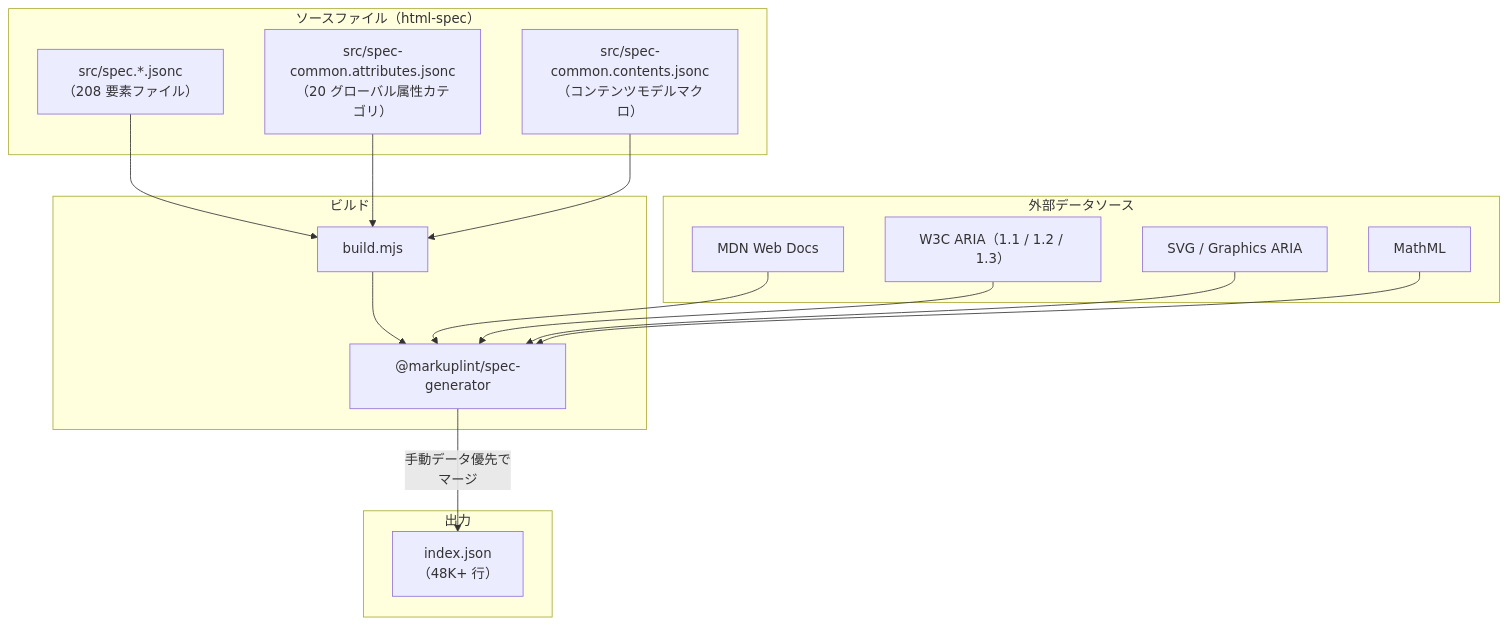
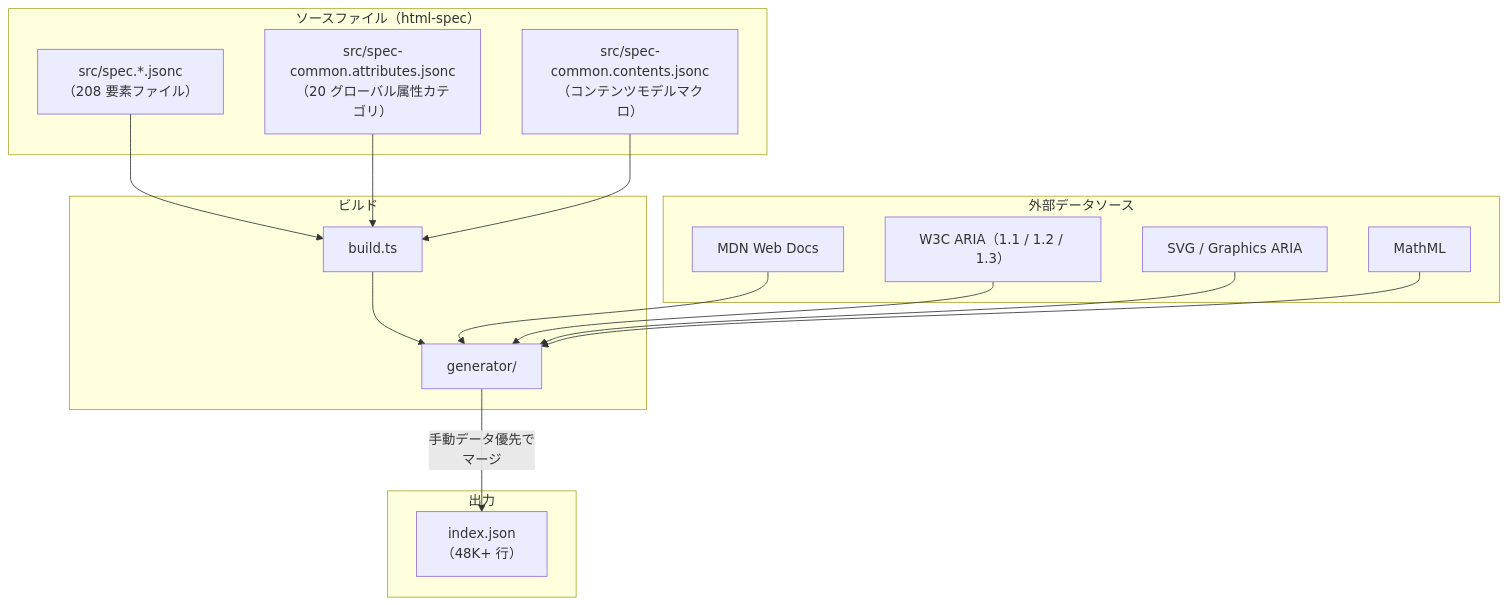
Before and after one commit to markuplint/markuplint: the diagram in packages/@markuplint/html-spec/docs/build-pipeline.ja.md, drawn with Mermaid. The commit also changed other lines of this file and 16 other files, not shown here.

First line of the commit message:
chore: remove stale @markuplint/spec-generator references

````diff
--- a/packages/@markuplint/html-spec/docs/build-pipeline.ja.md
+++ b/packages/@markuplint/html-spec/docs/build-pipeline.ja.md
@@ -18,36 +18,36 @@
 ```mermaid
 flowchart TD
     subgraph inputs ["ソースファイル（html-spec）"]
         specFiles["src/spec.*.jsonc\n（208 要素ファイル）"]
         commonAttrs["src/spec-common.attributes.jsonc\n（20 グローバル属性カテゴリ）"]
         commonContents["src/spec-common.contents.jsonc\n（コンテンツモデルマクロ）"]
     end
 
     subgraph build ["ビルド"]
-        buildScript["build.mjs"]
-        specGen["@markuplint/spec-generator"]
+        buildScript["build.ts"]
+        specGen["generator/"]
     end
 
     subgraph external ["外部データソース"]
         mdn["MDN Web Docs"]
         aria["W3C ARIA（1.1 / 1.2 / 1.3）"]
         svg["SVG / Graphics ARIA"]
         mathml["MathML"]
     end
 
     subgraph output ["出力"]
         indexJson["index.json\n（48K+ 行）"]
     end
 
     specFiles --> buildScript
     commonAttrs --> buildScript
     commonContents --> buildScript
     buildScript --> specGen
 
     mdn --> specGen
     aria --> specGen
     svg --> specGen
     mathml --> specGen
 
     specGen -->|"手動データ優先で\nマージ"| indexJson
 ```
````
